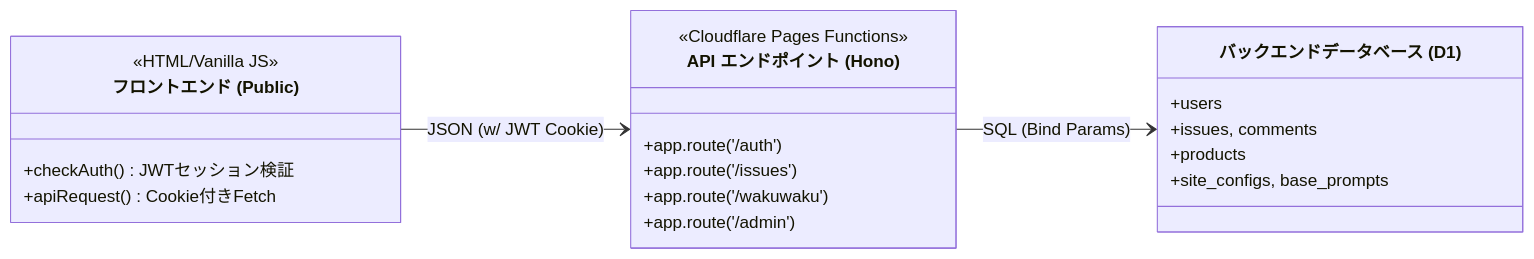
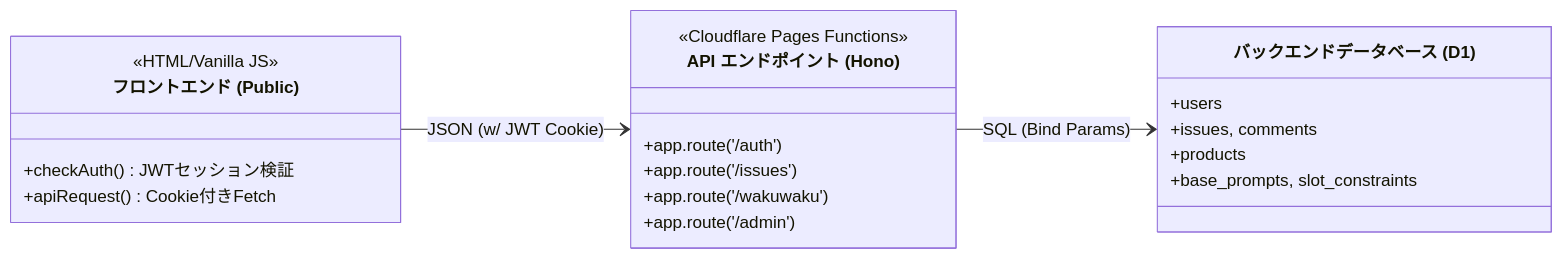
One commit to matsutanishimpei/m-komarabo-v2 changed the second of 2 diagrams in DOCS_SUMMARY.md. Above: the diagram before and after it, drawn with Mermaid. The commit also changed other lines of this file and 3 other files, not shown here.

````diff
--- a/DOCS_SUMMARY.md
+++ b/DOCS_SUMMARY.md
@@ -126,28 +133,28 @@
 ```mermaid
 classDiagram
     direction LR
     
     class Browser_Frontend ["フロントエンド (Public)"] {
         <<HTML/Vanilla JS>>
         +checkAuth() JWTセッション検証
         +apiRequest() Cookie付きFetch
     }
 
     class Hono_API_Handler ["API エンドポイント (Hono)"] {
         <<Cloudflare Pages Functions>>
         +app.route('/auth')
         +app.route('/issues')
         +app.route('/wakuwaku')
         +app.route('/admin')
     }
 
     class D1_Database ["バックエンドデータベース (D1)"] {
         +users
         +issues, comments
         +products
-        +site_configs, base_prompts
+        +base_prompts, slot_constraints
     }
 
     Browser_Frontend --> Hono_API_Handler : JSON (w/ JWT Cookie)
     Hono_API_Handler --> D1_Database : SQL (Bind Params)
 ```
````
